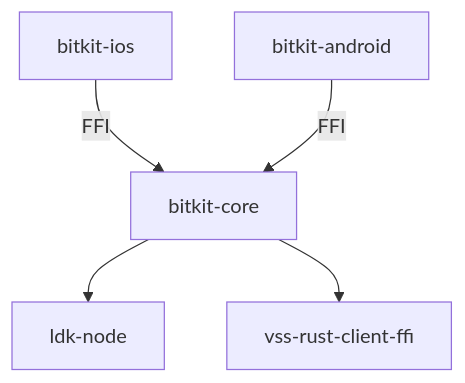
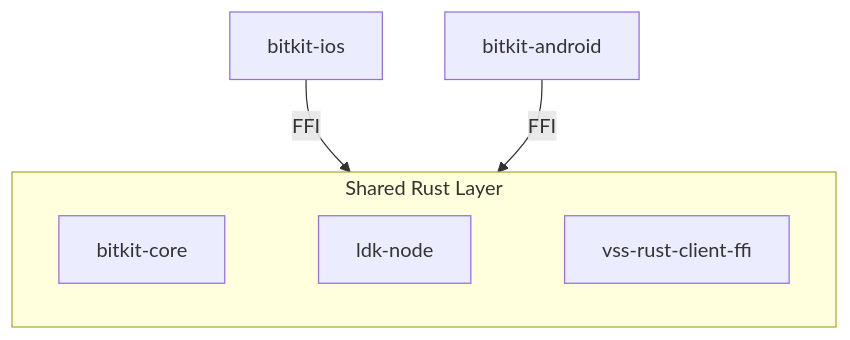
Before and after one commit to synonymdev/bitkit: the diagram in README.md, drawn with Mermaid. The commit also changed other lines of this file and 1 other file, not shown here.

````diff
--- a/README.md
+++ b/README.md
@@ -11,13 +11,15 @@
 ```mermaid
 flowchart TD
   bitkitIos["bitkit-ios"]
   bitkitAndroid["bitkit-android"]
-  bitkitCore["bitkit-core"]
-  ldkNode["ldk-node"]
-  vssFfi["vss-rust-client-ffi"]
 
-  bitkitIos -->|FFI| bitkitCore
-  bitkitAndroid -->|FFI| bitkitCore
-  bitkitCore --> ldkNode
-  bitkitCore --> vssFfi
+  subgraph rust["Shared Rust Layer"]
+    bitkitCore["bitkit-core"]
+    ldkNode["ldk-node"]
+    vssFfi["vss-rust-client-ffi"]
+    bitkitCore ~~~ ldkNode ~~~ vssFfi
+  end
+
+  bitkitIos -->|FFI| rust
+  bitkitAndroid -->|FFI| rust
 ```
````
